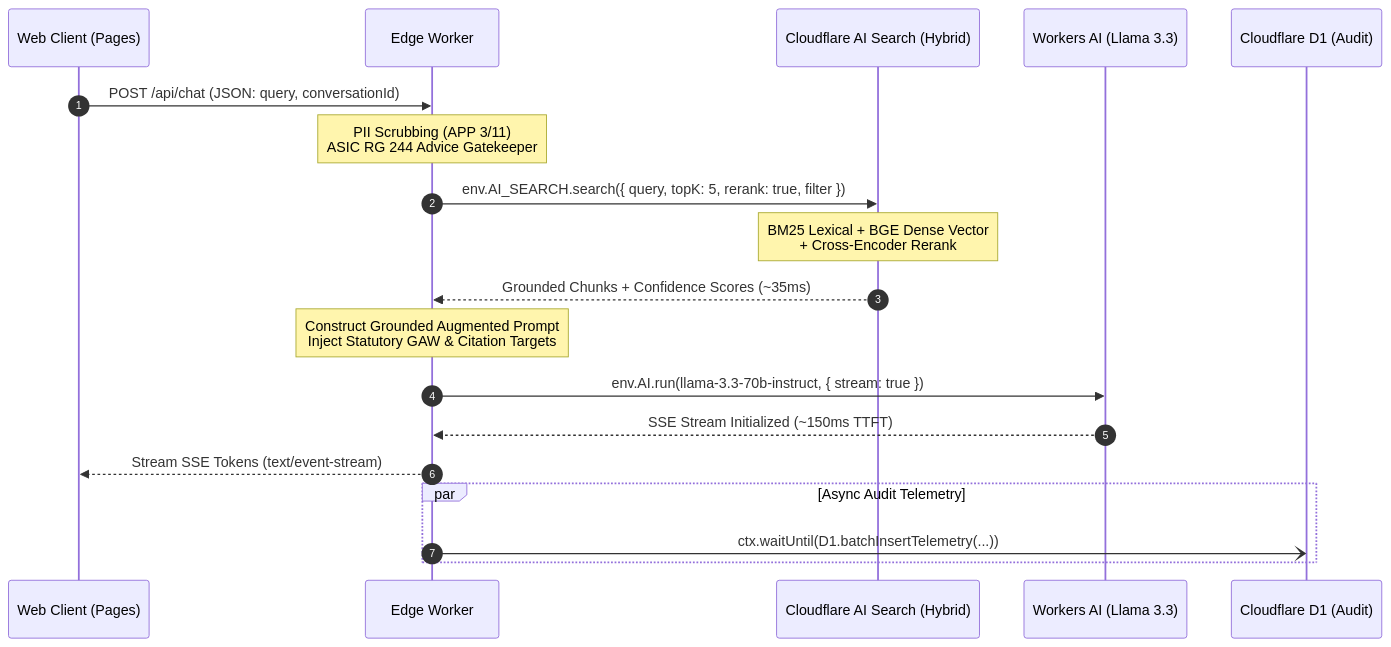
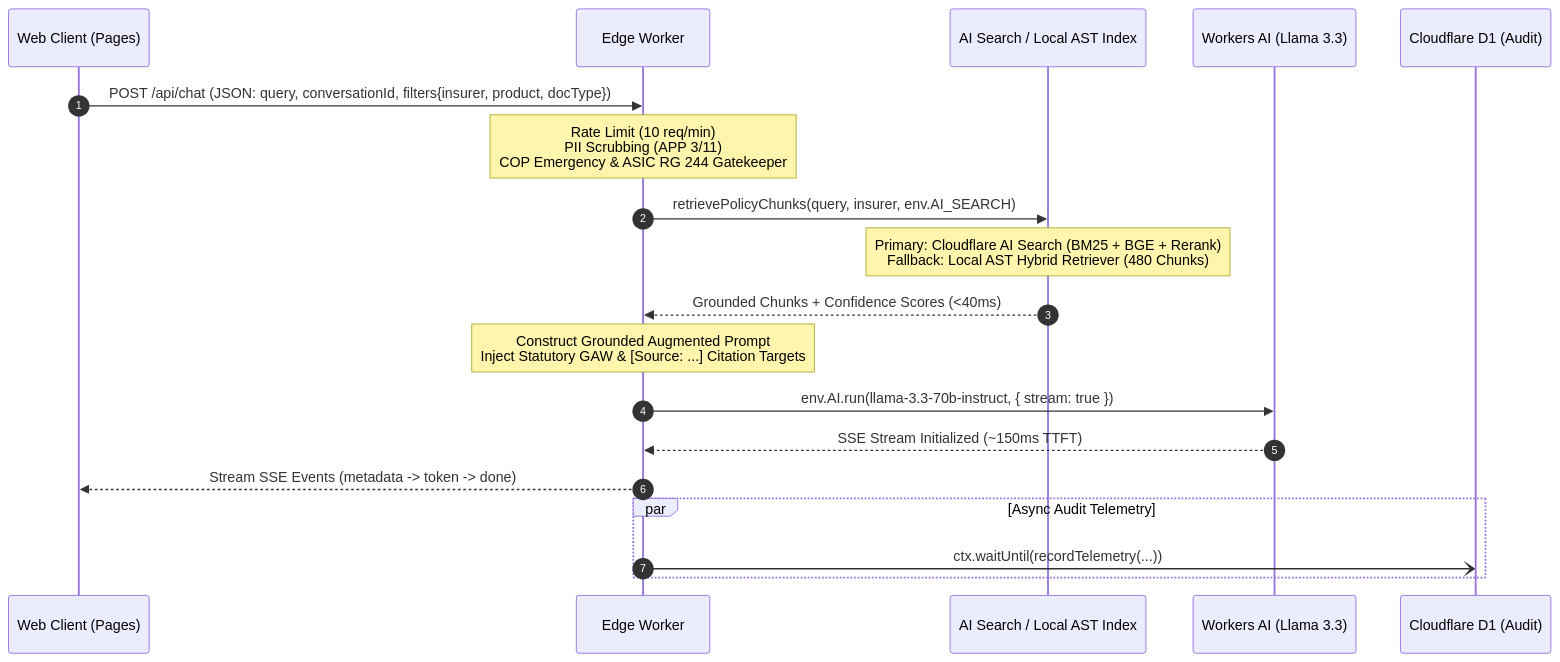
Before and after one commit to jayson-panganiban/faq-mate: the third of 4 diagrams in docs/PRD.md, drawn with Mermaid. The commit also changed other lines of this file and 509 other files, not shown here.

````diff
--- a/docs/PRD.md
+++ b/docs/PRD.md
@@ -123,27 +151,27 @@
 ```mermaid
 sequenceDiagram
     autonumber
     participant Client as Web Client (Pages)
     participant Worker as Edge Worker
-    participant AISearch as Cloudflare AI Search (Hybrid)
+    participant AISearch as AI Search / Local AST Index
     participant W_AI_LLM as Workers AI (Llama 3.3)
     participant D1 as Cloudflare D1 (Audit)
 
-    Client->>Worker: POST /api/chat (JSON: query, conversationId)
-    Note over Worker: PII Scrubbing (APP 3/11)<br/>ASIC RG 244 Advice Gatekeeper
+    Client->>Worker: POST /api/chat (JSON: query, conversationId, filters{insurer, product, docType})
+    Note over Worker: Rate Limit (10 req/min)<br/>PII Scrubbing (APP 3/11)<br/>COP Emergency & ASIC RG 244 Gatekeeper
 
-    Worker->>AISearch: env.AI_SEARCH.search({ query, topK: 5, rerank: true, filter })
-    Note over AISearch: BM25 Lexical + BGE Dense Vector<br/>+ Cross-Encoder Rerank
-    AISearch-->>Worker: Grounded Chunks + Confidence Scores (~35ms)
+    Worker->>AISearch: retrievePolicyChunks(query, insurer, env.AI_SEARCH)
+    Note over AISearch: Primary: Cloudflare AI Search (BM25 + BGE + Rerank)<br/>Fallback: Local AST Hybrid Retriever (480 Chunks)
+    AISearch-->>Worker: Grounded Chunks + Confidence Scores (<40ms)
 
-    Note over Worker: Construct Grounded Augmented Prompt<br/>Inject Statutory GAW & Citation Targets
+    Note over Worker: Construct Grounded Augmented Prompt<br/>Inject Statutory GAW & [Source: ...] Citation Targets
 
     Worker->>W_AI_LLM: env.AI.run(llama-3.3-70b-instruct, { stream: true })
     W_AI_LLM-->>Worker: SSE Stream Initialized (~150ms TTFT)
     
-    Worker-->>Client: Stream SSE Tokens (text/event-stream)
+    Worker-->>Client: Stream SSE Events (metadata -> token -> done)
     
     par Async Audit Telemetry
-        Worker-)D1: ctx.waitUntil(D1.batchInsertTelemetry(...))
+        Worker-)D1: ctx.waitUntil(recordTelemetry(...))
     end
 ```
````
